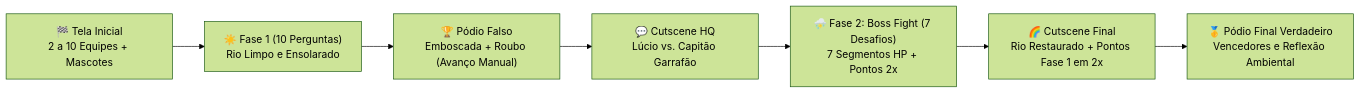
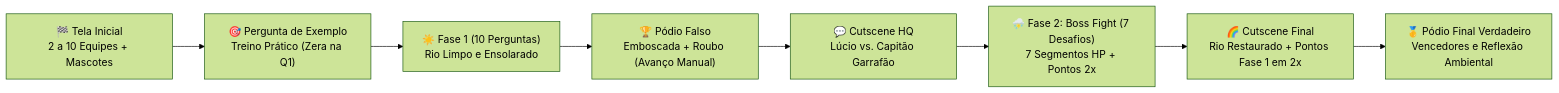
Before and after one commit to Endrei7/quiz-do-sapa: the diagram in README.md, drawn with Mermaid (forest theme). The commit also changed other lines of this file and 6 other files, not shown here.

Commit message:
feat(v3.2.0): adiciona pergunta de exemplo antes da rodada oficial

````diff
--- a/README.md
+++ b/README.md
@@ -11,9 +11,10 @@
 ```mermaid
 flowchart LR
-  A["🏁 Tela Inicial<br/>2 a 10 Equipes + Mascotes"] --> B["☀️ Fase 1 (10 Perguntas)<br/>Rio Limpo e Ensolarado"]
+  A["🏁 Tela Inicial<br/>2 a 10 Equipes + Mascotes"] --> P["🎯 Pergunta de Exemplo<br/>Treino Prático (Zera na Q1)"]
+  P --> B["☀️ Fase 1 (10 Perguntas)<br/>Rio Limpo e Ensolarado"]
   B --> C["🏆 Pódio Falso<br/>Emboscada + Roubo (Avanço Manual)"]
   C --> D["💬 Cutscene HQ<br/>Lúcio vs. Capitão Garrafão"]
   D --> E["⛈️ Fase 2: Boss Fight (7 Desafios)<br/>7 Segmentos HP + Pontos 2x"]
   E --> F["🌈 Cutscene Final<br/>Rio Restaurado + Pontos Fase 1 em 2x"]
   F --> G["🥇 Pódio Final Verdadeiro<br/>Vencedores e Reflexão Ambiental"]
 ```
````
